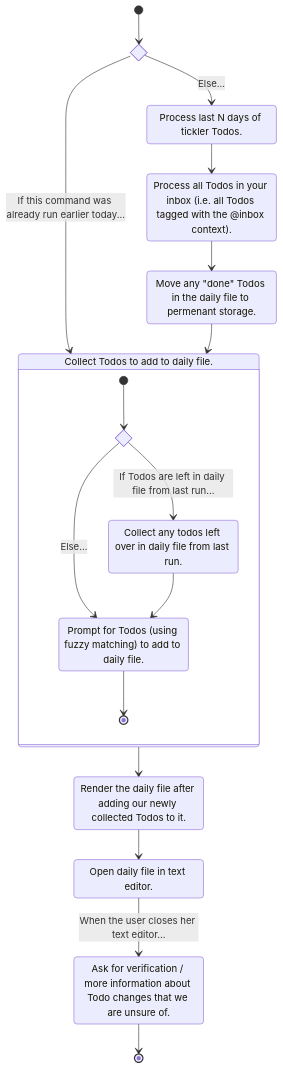
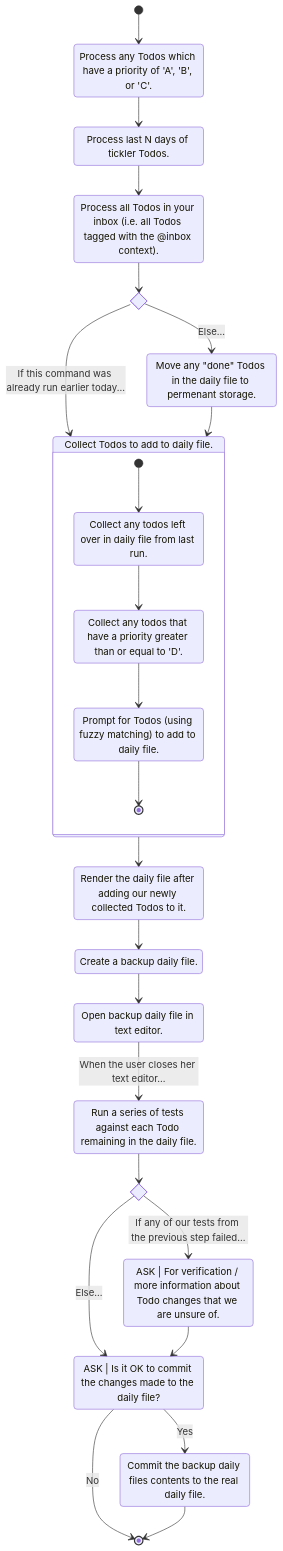
One commit to bbugyi200/greatday changed the diagram in docs/design/design.template.md. Above: the diagram before and after it, drawn with Mermaid. The commit also changed 1 other file, not shown here.

Commit message:
Add more details to state diagram

````diff
--- a/docs/design/design.template.md
+++ b/docs/design/design.template.md
@@ -7,37 +7,46 @@
 ```mermaid
 stateDiagram-v2
     state if_run_today <<choice>>
+    state if_daily_check_failed <<choice>>
 
+    ABC_priority: Process any Todos which have a priority of 'A', 'B', or 'C'.
+    check_daily_todos: Run a series of tests against each Todo remaining in the daily file.
+    collect: Collect Todos to add to daily file.
+    collect_fuzzy: Prompt for Todos (using fuzzy matching) to add to daily file.
+    collect_leftover: Collect any todos left over in daily file from last run.
+    collect_priority_B: Collect any todos that have a priority greater than or equal to 'D'.
+    create_backup_daily: Create a backup daily file.
+    edit_daily: Open backup daily file in text editor.
+    inbox: Process all Todos in your inbox (i.e. all Todos tagged with the @inbox context).
+    prompt_for_save: ASK | Is it OK to commit the changes made to the daily file?
+    remove_done_todos: Move any "done" Todos in the daily file to permenant storage.
+    render_daily: Render the daily file after adding our newly collected Todos to it.
+    save_daily_file: Commit the backup daily files contents to the real daily file.
     tickle: Process last N days of tickler Todos.
-    inbox: Process all Todos in your inbox (i.e. all Todos tagged with the @inbox context).
-    remove_done_todos: Move any "done" Todos in the daily file to permenant storage.
-    collect: Collect Todos to add to daily file.
-    edit_daily: Open daily file in text editor.
-    check_daily: Ask for verification / more information about Todo changes that we are unsure of.
-    render_daily: Render the daily file after adding our newly collected Todos to it.
+    verify_daily_todos: ASK | For verification / more information about Todo changes that we are unsure of.
 
-    [*] --> if_run_today
-    if_run_today --> tickle: Else...
+    [*] --> ABC_priority
+    ABC_priority --> tickle
+    tickle --> inbox
+    inbox --> if_run_today
     if_run_today --> collect: If this command was already run earlier today...
-    tickle --> inbox
-    inbox --> remove_done_todos
+    if_run_today --> remove_done_todos: Else...
     remove_done_todos --> collect
-
     state collect {
-        state if_leftover <<choice>>
-
-        collect_leftover: Collect any todos left over in daily file from last run.
-        collect_fuzzy: Prompt for Todos (using fuzzy matching) to add to daily file.
-
-        [*] --> if_leftover
-        if_leftover --> collect_leftover: If Todos are left in daily file from last run...
-        if_leftover --> collect_fuzzy: Else...
-        collect_leftover --> collect_fuzzy
+        [*] --> collect_leftover
+        collect_leftover --> collect_priority_B
+        collect_priority_B --> collect_fuzzy
         collect_fuzzy --> [*]
     }
-
     collect --> render_daily
-    render_daily --> edit_daily
-    edit_daily --> check_daily: When the user closes her text editor...
-    check_daily --> [*]
+    render_daily --> create_backup_daily
+    create_backup_daily --> edit_daily
+    edit_daily --> check_daily_todos: When the user closes her text editor...
+    check_daily_todos --> if_daily_check_failed
+    if_daily_check_failed --> verify_daily_todos: If any of our tests from the previous step failed...
+    if_daily_check_failed --> prompt_for_save: Else...
+    verify_daily_todos --> prompt_for_save
+    prompt_for_save --> save_daily_file: Yes
+    prompt_for_save --> [*]: No
+    save_daily_file --> [*]
 ```
````
